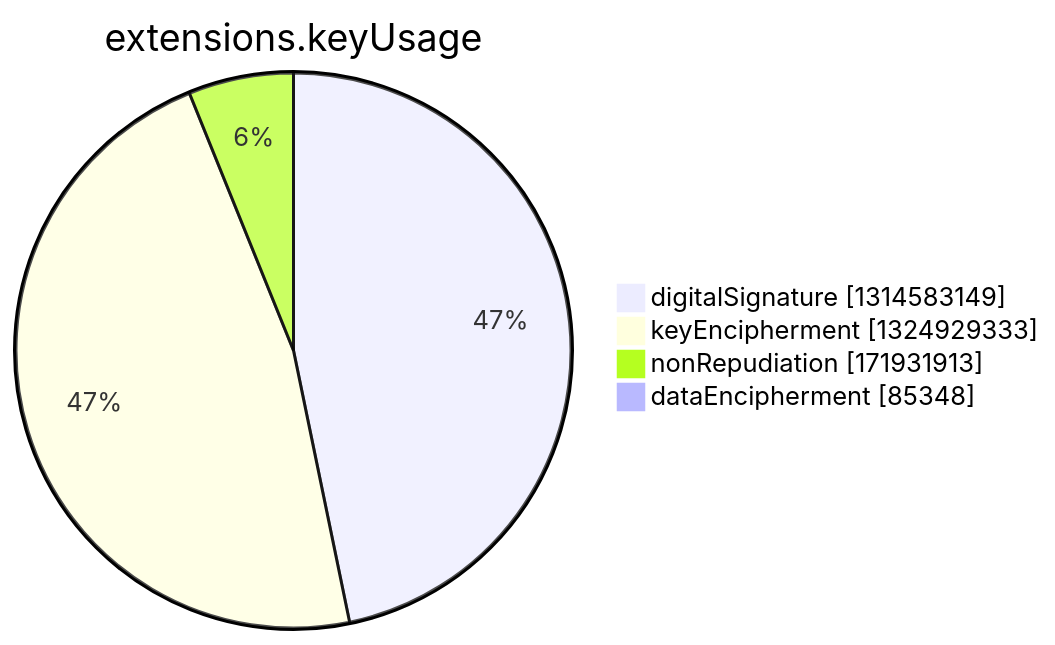
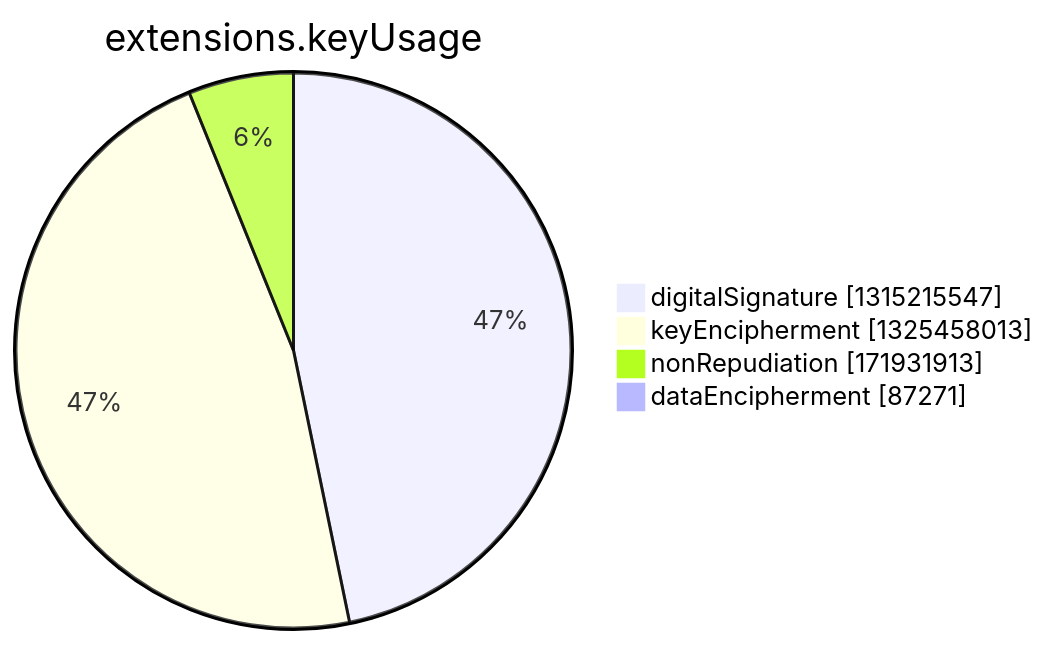
Before and after one commit to christiankrug/ctmonitor_visualization: the seventh of 15 diagrams in argon2022/README.md, drawn with Mermaid. The commit also changed other lines of this file, not shown here.

````diff
--- a/argon2022/README.md
+++ b/argon2022/README.md
@@ -2750,8 +2750,8 @@
 ```mermaid
 pie showData
 title extensions.keyUsage
-"digitalSignature" :1314583149
-"keyEncipherment" :1324929333
+"digitalSignature" :1315215547
+"keyEncipherment" :1325458013
 "nonRepudiation" :171931913
-"dataEncipherment" :85348
+"dataEncipherment" :87271
 ```
````
